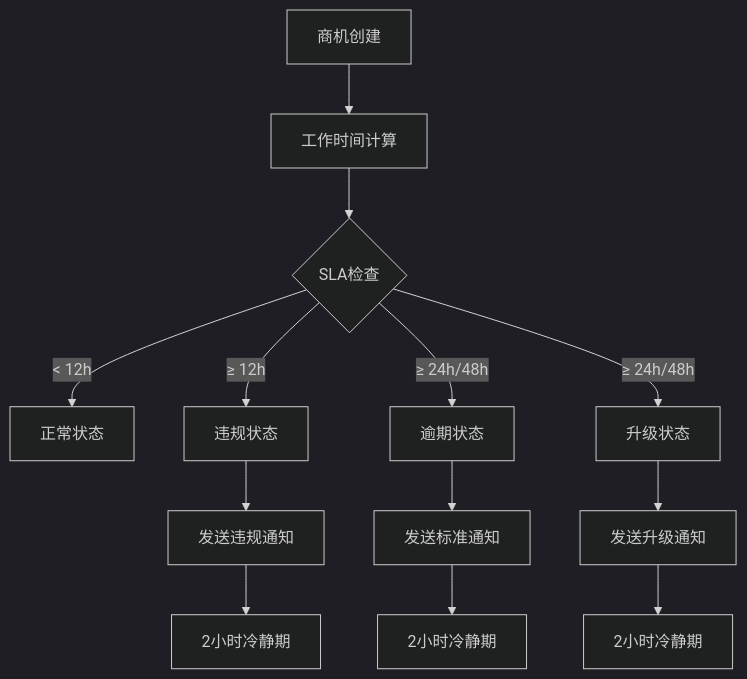
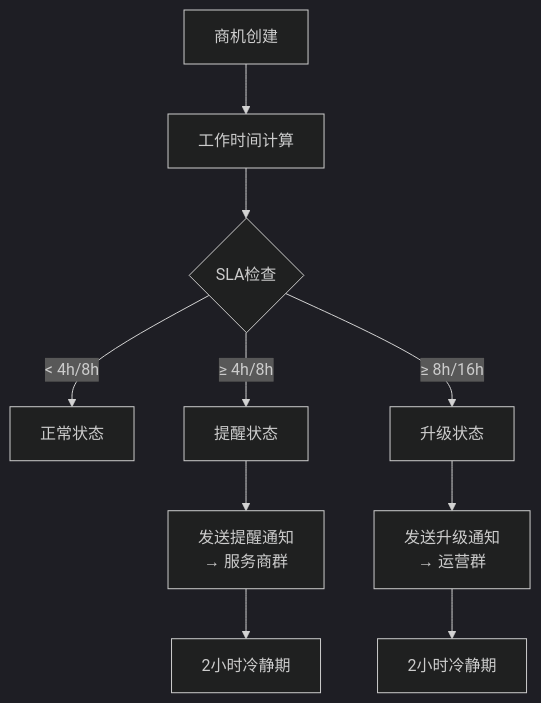
One commit to franksunye/FSOpsAssistant changed the first of 4 diagrams in docs/12_SLA_DESIGN.md. Above: the diagram before and after it, drawn with Mermaid (dark theme). The commit also changed other lines of this file and 2 other files, not shown here.

````diff
--- a/docs/12_SLA_DESIGN.md
+++ b/docs/12_SLA_DESIGN.md
@@ -39,18 +48,15 @@
 ```mermaid
 graph TD
     START[商机创建] --> CALC[工作时间计算]
     CALC --> CHECK{SLA检查}
-    
-    CHECK -->|< 12h| NORMAL[正常状态]
-    CHECK -->|≥ 12h| VIOLATION[违规状态]
-    CHECK -->|≥ 24h/48h| OVERDUE[逾期状态]
-    CHECK -->|≥ 24h/48h| ESCALATION[升级状态]
-    
-    VIOLATION --> NOTIFY1[发送违规通知]
-    OVERDUE --> NOTIFY2[发送标准通知]
-    ESCALATION --> NOTIFY3[发送升级通知]
-    
+
+    CHECK -->|< 4h/8h| NORMAL[正常状态]
+    CHECK -->|≥ 4h/8h| REMINDER[提醒状态]
+    CHECK -->|≥ 8h/16h| ESCALATION[升级状态]
+
+    REMINDER --> NOTIFY1[发送提醒通知<br/>→ 服务商群]
+    ESCALATION --> NOTIFY2[发送升级通知<br/>→ 运营群]
+
     NOTIFY1 --> COOLDOWN1[2小时冷静期]
     NOTIFY2 --> COOLDOWN2[2小时冷静期]
-    NOTIFY3 --> COOLDOWN3[2小时冷静期]
 ```
````
